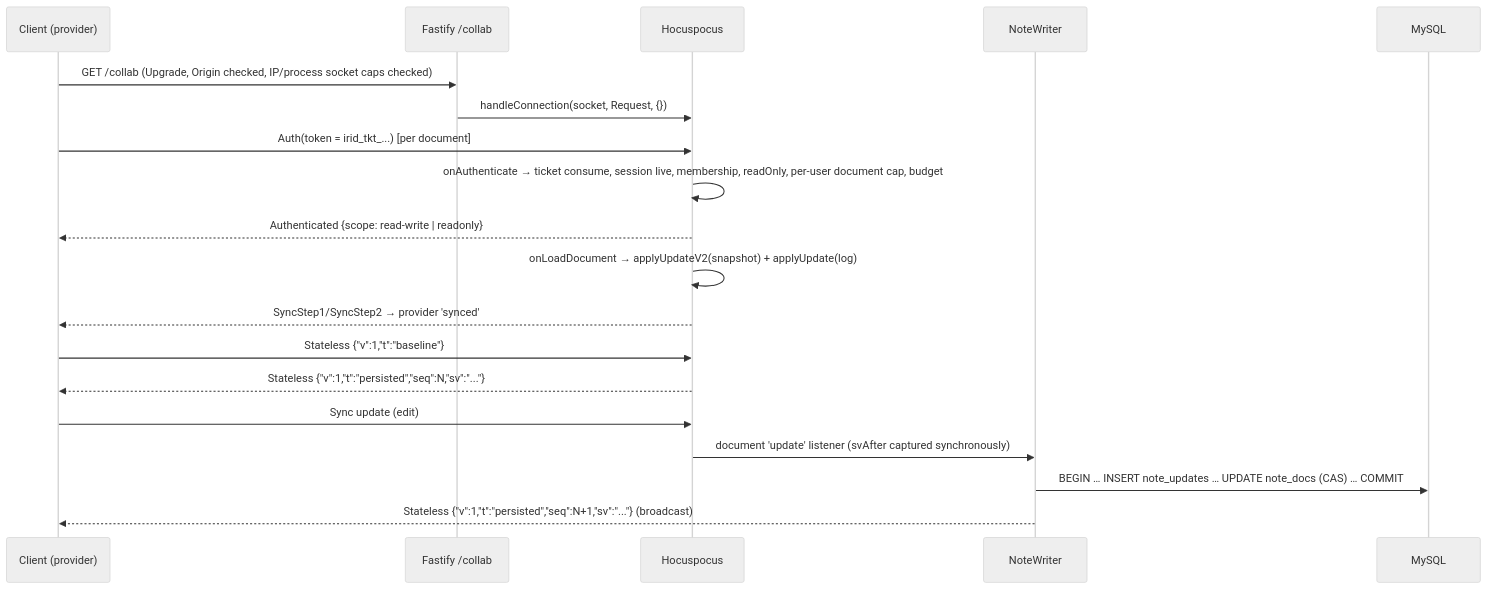
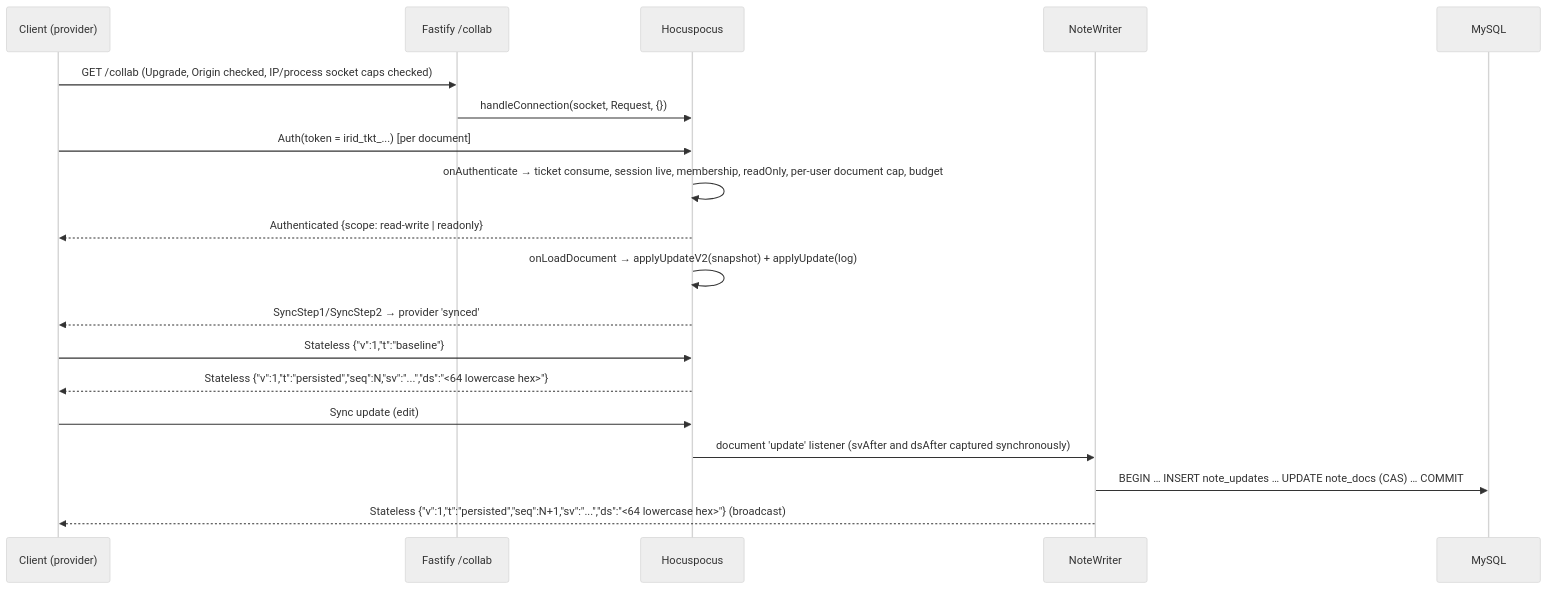
One commit to Mythikos/iridium changed the third of 4 diagrams in docs/plan/09-api-reference.md. Above: the diagram before and after it, drawn with Mermaid (neutral theme). The commit also changed other lines of this file and 691 other files, not shown here.

````diff
--- a/docs/plan/09-api-reference.md
+++ b/docs/plan/09-api-reference.md
@@ -1978,21 +1982,21 @@
 ```mermaid
 sequenceDiagram
   participant UI as Client (provider)
   participant WS as Fastify /collab
   participant H as Hocuspocus
   participant W as NoteWriter
   participant DB as MySQL
   UI->>WS: GET /collab (Upgrade, Origin checked, IP/process socket caps checked)
   WS->>H: handleConnection(socket, Request, {})
   UI->>H: Auth(token = irid_tkt_...)   [per document]
   H->>H: onAuthenticate → ticket consume, session live, membership, readOnly, per-user document cap, budget
   H-->>UI: Authenticated {scope: read-write | readonly}
   H->>H: onLoadDocument → applyUpdateV2(snapshot) + applyUpdate(log)
   H-->>UI: SyncStep1/SyncStep2 → provider 'synced'
   UI->>H: Stateless {"v":1,"t":"baseline"}
-  H-->>UI: Stateless {"v":1,"t":"persisted","seq":N,"sv":"..."}
+  H-->>UI: Stateless {"v":1,"t":"persisted","seq":N,"sv":"...","ds":"<64 lowercase hex>"}
   UI->>H: Sync update (edit)
-  H->>W: document 'update' listener (svAfter captured synchronously)
+  H->>W: document 'update' listener (svAfter and dsAfter captured synchronously)
   W->>DB: BEGIN … INSERT note_updates … UPDATE note_docs (CAS) … COMMIT
-  W-->>UI: Stateless {"v":1,"t":"persisted","seq":N+1,"sv":"..."}  (broadcast)
+  W-->>UI: Stateless {"v":1,"t":"persisted","seq":N+1,"sv":"...","ds":"<64 lowercase hex>"}  (broadcast)
 ```
````
